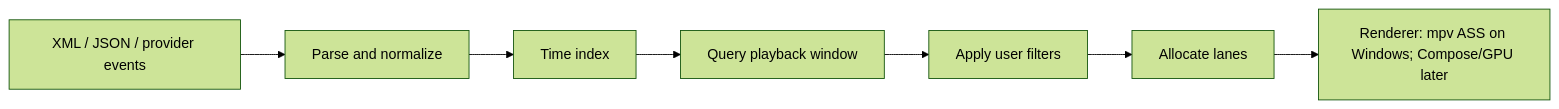
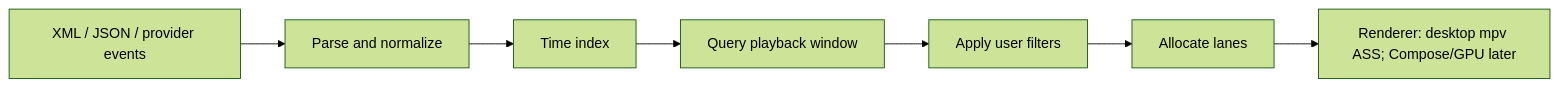
One commit to Energy0124/Danmaku changed the fourth of 4 diagrams in docs/architecture.md. Above: the diagram before and after it, drawn with Mermaid (forest theme). The commit also changed other lines of this file and 21 other files, not shown here.

````diff
--- a/docs/architecture.md
+++ b/docs/architecture.md
@@ -254,9 +263,9 @@
 ```mermaid
 flowchart LR
     Input["XML / JSON / provider events"] --> Parse["Parse and normalize"]
     Parse --> Index["Time index"]
     Index --> Query["Query playback window"]
     Query --> Filter["Apply user filters"]
     Filter --> Layout["Allocate lanes"]
-    Layout --> Render["Renderer: mpv ASS on Windows; Compose/GPU later"]
+    Layout --> Render["Renderer: desktop mpv ASS; Compose/GPU later"]
 ```
````
